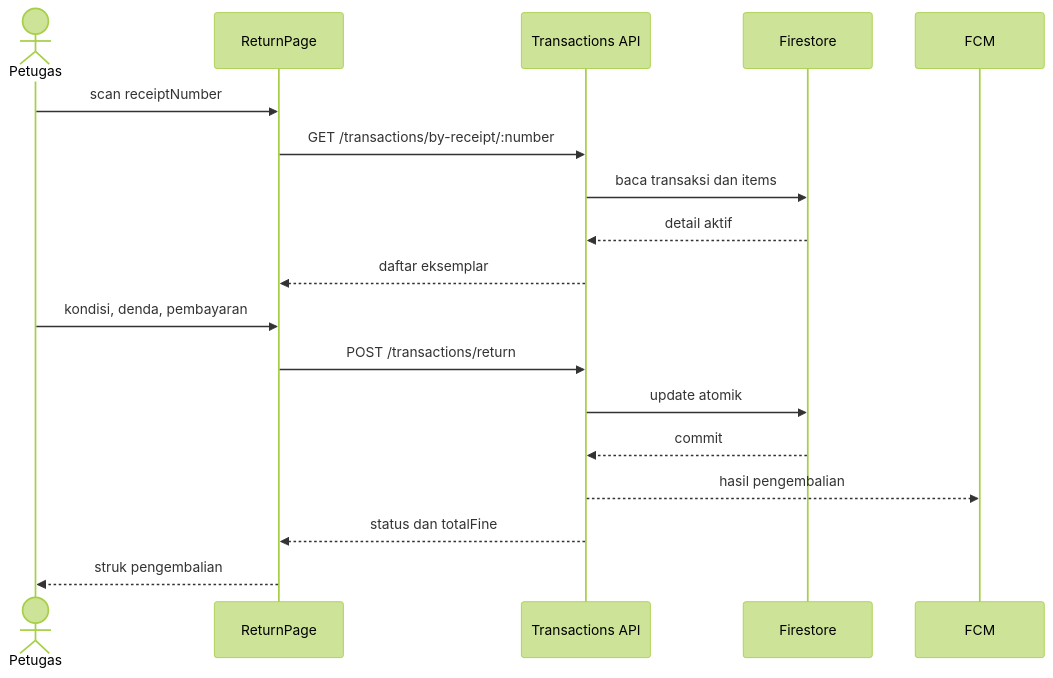
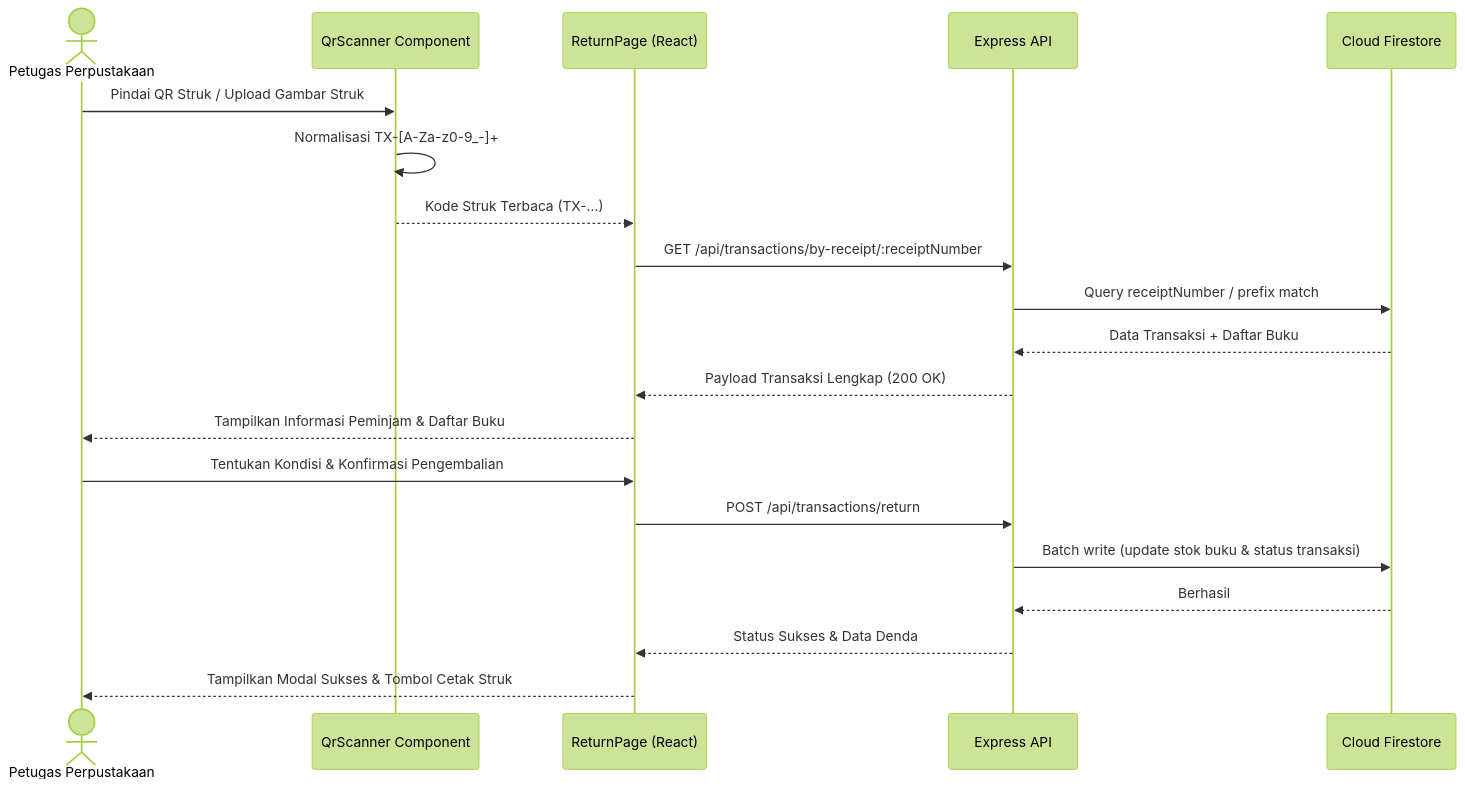
Diagram 14 of 16 in Readme.md (karinatantri/Perpustakaan), drawn with Mermaid (forest theme) before and after one commit. The commit also changed other lines of this file and 27 other files, not shown here.

````diff
--- a/Readme.md
+++ b/Readme.md
@@ -601,20 +665,23 @@
 ```mermaid
 sequenceDiagram
-  actor O as Petugas
-  participant FE as ReturnPage
-  participant API as Transactions API
-  participant DB as Firestore
-  participant PUSH as FCM
-  O->>FE: scan receiptNumber
-  FE->>API: GET /transactions/by-receipt/:number
-  API->>DB: baca transaksi dan items
-  DB-->>API: detail aktif
-  API-->>FE: daftar eksemplar
-  O->>FE: kondisi, denda, pembayaran
-  FE->>API: POST /transactions/return
-  API->>DB: update atomik
-  DB-->>API: commit
-  API-->>PUSH: hasil pengembalian
-  API-->>FE: status dan totalFine
-  FE-->>O: struk pengembalian
+  actor Petugas as Petugas Perpustakaan
+  participant Scanner as QrScanner Component
+  participant ReturnPage as ReturnPage (React)
+  participant API as Express API
+  participant DB as Cloud Firestore
+
+  Petugas->>Scanner: Pindai QR Struk / Upload Gambar Struk
+  Scanner->>Scanner: Normalisasi TX-[A-Za-z0-9_-]+
+  Scanner-->>ReturnPage: Kode Struk Terbaca (TX-...)
+  ReturnPage->>API: GET /api/transactions/by-receipt/:receiptNumber
+  API->>DB: Query receiptNumber / prefix match
+  DB-->>API: Data Transaksi + Daftar Buku
+  API-->>ReturnPage: Payload Transaksi Lengkap (200 OK)
+  ReturnPage-->>Petugas: Tampilkan Informasi Peminjam & Daftar Buku
+  Petugas->>ReturnPage: Tentukan Kondisi & Konfirmasi Pengembalian
+  ReturnPage->>API: POST /api/transactions/return
+  API->>DB: Batch write (update stok buku & status transaksi)
+  DB-->>API: Berhasil
+  API-->>ReturnPage: Status Sukses & Data Denda
+  ReturnPage-->>Petugas: Tampilkan Modal Sukses & Tombol Cetak Struk
 ```
````
